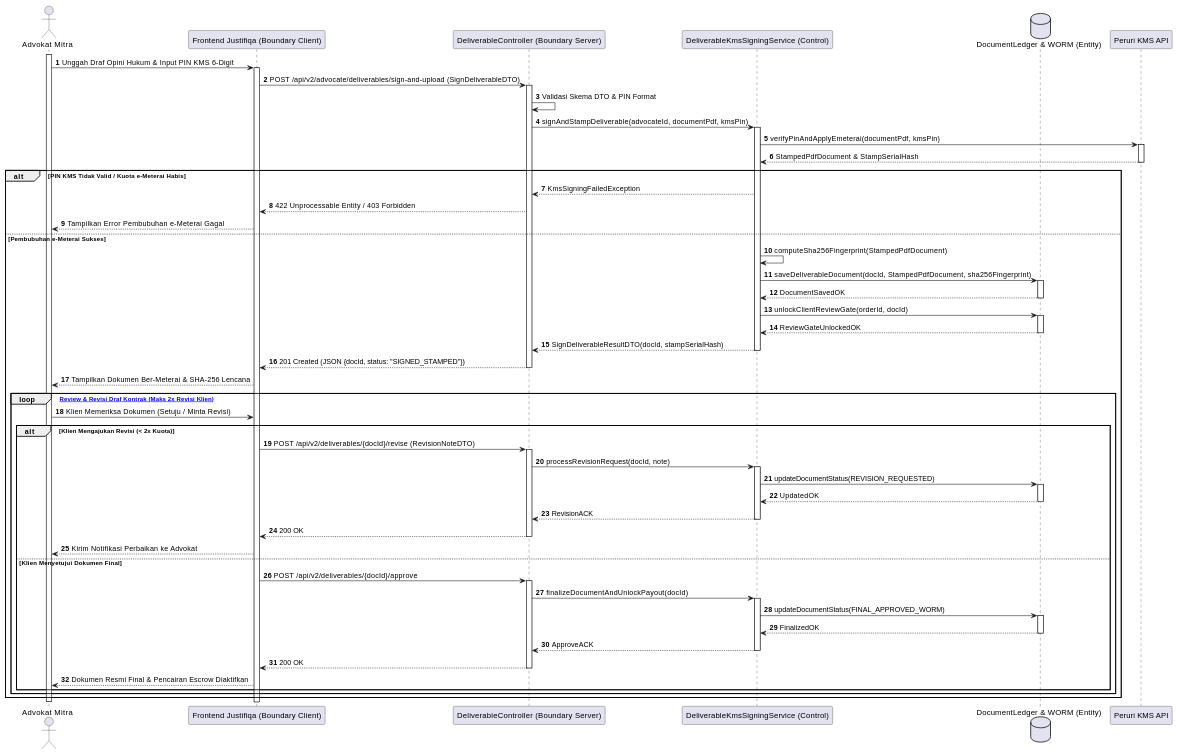
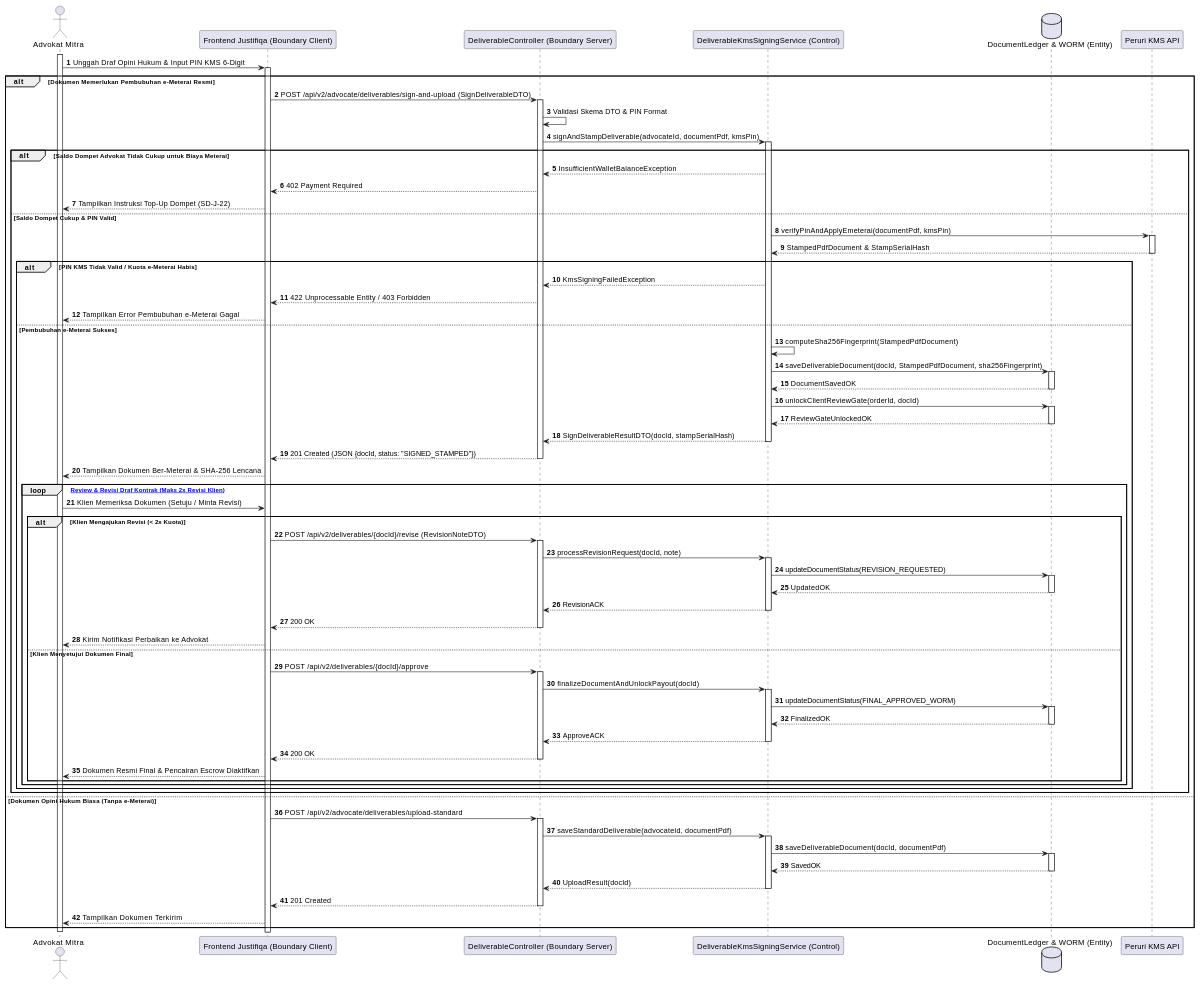
The sixth of 28 diagrams in MarkDown/plantuml_sequence_diagrams.md (tupperwureism/SuperApp-Gagal), drawn with PlantUML before and after one commit. The commit also changed other lines of this file and 1 other file, not shown here.

Commit message:
docs: Deep 1-to-1 logical synchronization across all 28 Sequence Diagrams with AD branches

````diff
--- a/MarkDown/plantuml_sequence_diagrams.md
+++ b/MarkDown/plantuml_sequence_diagrams.md
@@ -382,56 +388,73 @@
 ```plantuml
 @startuml
 autonumber
 actor "Advokat Mitra" as User
 participant "Frontend Justifiqa (Boundary Client)" as B_FE
 participant "DeliverableController (Boundary Server)" as B_BE
 participant "DeliverableKmsSigningService (Control)" as C_Svc
 database "DocumentLedger & WORM (Entity)" as E_DB
 participant "Peruri KMS API" as KMS
 
 activate User
 User -> B_FE ++ : Unggah Draf Opini Hukum & Input PIN KMS 6-Digit
-B_FE -> B_BE ++ : POST /api/v2/advocate/deliverables/sign-and-upload (SignDeliverableDTO)
-B_BE -> B_BE : Validasi Skema DTO & PIN Format
-B_BE -> C_Svc ++ : signAndStampDeliverable(advocateId, documentPdf, kmsPin)
-C_Svc -> KMS ++ : verifyPinAndApplyEmeterai(documentPdf, kmsPin)
-KMS --> C_Svc -- : StampedPdfDocument & StampSerialHash
+alt Dokumen Memerlukan Pembubuhan e-Meterai Resmi
+    B_FE -> B_BE ++ : POST /api/v2/advocate/deliverables/sign-and-upload (SignDeliverableDTO)
+    B_BE -> B_BE : Validasi Skema DTO & PIN Format
+    B_BE -> C_Svc ++ : signAndStampDeliverable(advocateId, documentPdf, kmsPin)
 
-alt PIN KMS Tidak Valid / Kuota e-Meterai Habis
-    C_Svc --> B_BE : KmsSigningFailedException
-    B_BE --> B_FE : 422 Unprocessable Entity / 403 Forbidden
-    B_FE --> User : Tampilkan Error Pembubuhan e-Meterai Gagal
-else Pembubuhan e-Meterai Sukses
-    C_Svc -> C_Svc : computeSha256Fingerprint(StampedPdfDocument)
-    C_Svc -> E_DB ++ : saveDeliverableDocument(docId, StampedPdfDocument, sha256Fingerprint)
-    E_DB --> C_Svc -- : DocumentSavedOK
-    C_Svc -> E_DB ++ : unlockClientReviewGate(orderId, docId)
-    E_DB --> C_Svc -- : ReviewGateUnlockedOK
-    C_Svc --> B_BE -- : SignDeliverableResultDTO(docId, stampSerialHash)
-    B_BE --> B_FE -- : 201 Created (JSON {docId, status: "SIGNED_STAMPED"})
-    B_FE --> User : Tampilkan Dokumen Ber-Meterai & SHA-256 Lencana
+    alt Saldo Dompet Advokat Tidak Cukup untuk Biaya Meterai
+        C_Svc --> B_BE : InsufficientWalletBalanceException
+        B_BE --> B_FE : 402 Payment Required
+        B_FE --> User : Tampilkan Instruksi Top-Up Dompet (SD-J-22)
+    else Saldo Dompet Cukup & PIN Valid
+        C_Svc -> KMS ++ : verifyPinAndApplyEmeterai(documentPdf, kmsPin)
+        KMS --> C_Svc -- : StampedPdfDocument & StampSerialHash
 
-    loop [Siklus Review & Revisi Draf Kontrak (Maks 2x Revisi Klien)]
-        User -> B_FE : Klien Memeriksa Dokumen (Setuju / Minta Revisi)
-        alt Klien Mengajukan Revisi (< 2x Kuota)
-            B_FE -> B_BE ++ : POST /api/v2/deliverables/{docId}/revise (RevisionNoteDTO)
-            B_BE -> C_Svc ++ : processRevisionRequest(docId, note)
-            C_Svc -> E_DB ++ : updateDocumentStatus(REVISION_REQUESTED)
-            E_DB --> C_Svc -- : UpdatedOK
-            C_Svc --> B_BE -- : RevisionACK
-            B_BE --> B_FE -- : 200 OK
-            B_FE --> User : Kirim Notifikasi Perbaikan ke Advokat
-        else Klien Menyetujui Dokumen Final
-            B_FE -> B_BE ++ : POST /api/v2/deliverables/{docId}/approve
-            B_BE -> C_Svc ++ : finalizeDocumentAndUnlockPayout(docId)
-            C_Svc -> E_DB ++ : updateDocumentStatus(FINAL_APPROVED_WORM)
-            E_DB --> C_Svc -- : FinalizedOK
-            C_Svc --> B_BE -- : ApproveACK
-            B_BE --> B_FE -- : 200 OK
-            B_FE --> User : Dokumen Resmi Final & Pencairan Escrow Diaktifkan
+        alt PIN KMS Tidak Valid / Kuota e-Meterai Habis
+            C_Svc --> B_BE : KmsSigningFailedException
+            B_BE --> B_FE : 422 Unprocessable Entity / 403 Forbidden
+            B_FE --> User : Tampilkan Error Pembubuhan e-Meterai Gagal
+        else Pembubuhan e-Meterai Sukses
+            C_Svc -> C_Svc : computeSha256Fingerprint(StampedPdfDocument)
+            C_Svc -> E_DB ++ : saveDeliverableDocument(docId, StampedPdfDocument, sha256Fingerprint)
+            E_DB --> C_Svc -- : DocumentSavedOK
+            C_Svc -> E_DB ++ : unlockClientReviewGate(orderId, docId)
+            E_DB --> C_Svc -- : ReviewGateUnlockedOK
+            C_Svc --> B_BE -- : SignDeliverableResultDTO(docId, stampSerialHash)
+            B_BE --> B_FE -- : 201 Created (JSON {docId, status: "SIGNED_STAMPED"})
+            B_FE --> User : Tampilkan Dokumen Ber-Meterai & SHA-256 Lencana
+
+            loop [Siklus Review & Revisi Draf Kontrak (Maks 2x Revisi Klien)]
+                User -> B_FE : Klien Memeriksa Dokumen (Setuju / Minta Revisi)
+                alt Klien Mengajukan Revisi (< 2x Kuota)
+                    B_FE -> B_BE ++ : POST /api/v2/deliverables/{docId}/revise (RevisionNoteDTO)
+                    B_BE -> C_Svc ++ : processRevisionRequest(docId, note)
+                    C_Svc -> E_DB ++ : updateDocumentStatus(REVISION_REQUESTED)
+                    E_DB --> C_Svc -- : UpdatedOK
+                    C_Svc --> B_BE -- : RevisionACK
+                    B_BE --> B_FE -- : 200 OK
+                    B_FE --> User : Kirim Notifikasi Perbaikan ke Advokat
+                else Klien Menyetujui Dokumen Final
+                    B_FE -> B_BE ++ : POST /api/v2/deliverables/{docId}/approve
+                    B_BE -> C_Svc ++ : finalizeDocumentAndUnlockPayout(docId)
+                    C_Svc -> E_DB ++ : updateDocumentStatus(FINAL_APPROVED_WORM)
+                    E_DB --> C_Svc -- : FinalizedOK
+                    C_Svc --> B_BE -- : ApproveACK
+                    B_BE --> B_FE -- : 200 OK
+                    B_FE --> User : Dokumen Resmi Final & Pencairan Escrow Diaktifkan
+                end
+            end
         end
     end
+else Dokumen Opini Hukum Biasa (Tanpa e-Meterai)
+    B_FE -> B_BE ++ : POST /api/v2/advocate/deliverables/upload-standard
+    B_BE -> C_Svc ++ : saveStandardDeliverable(advocateId, documentPdf)
+    C_Svc -> E_DB ++ : saveDeliverableDocument(docId, documentPdf)
+    E_DB --> C_Svc -- : SavedOK
+    C_Svc --> B_BE -- : UploadResult(docId)
+    B_BE --> B_FE -- : 201 Created
+    B_FE --> User : Tampilkan Dokumen Terkirim
 end
 deactivate User
 @enduml
 ```
````
